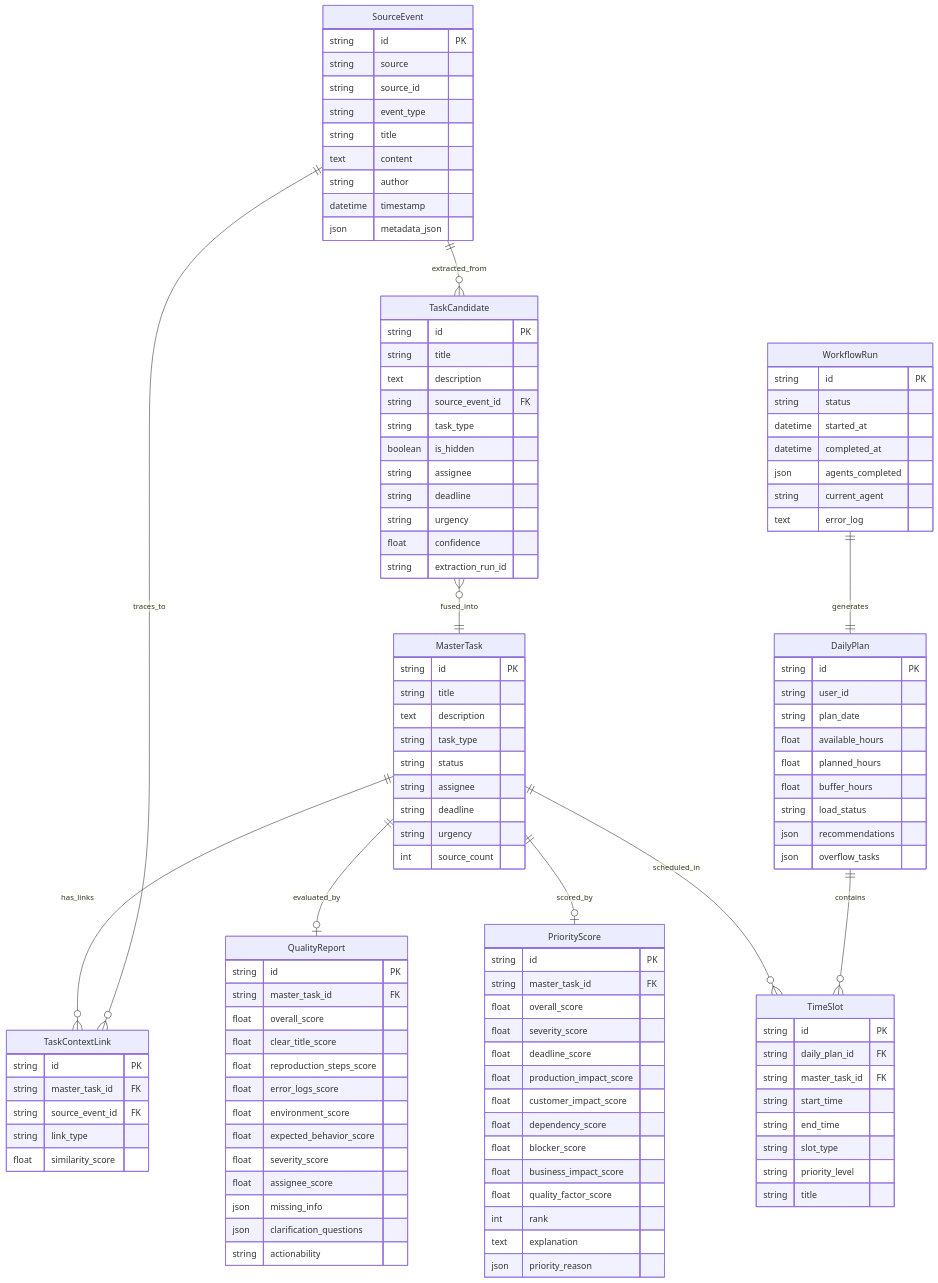
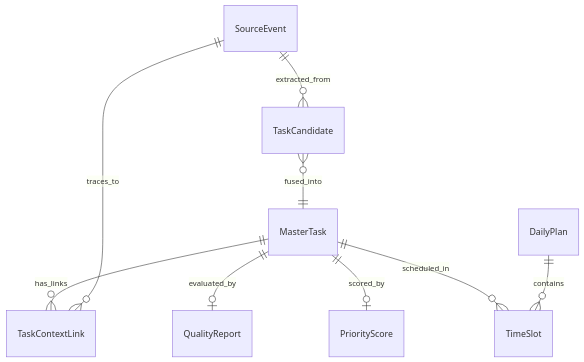
The third of 3 diagrams in README.md (IdeaForg-e/TaskPilot-AI), drawn with Mermaid before and after one commit. The commit also changed other lines of this file and 22 other files, not shown here.

````diff
--- a/README.md
+++ b/README.md
@@ -218,117 +157,4 @@
     MasterTask ||--o| PriorityScore : "scored_by"
     MasterTask ||--o{ TimeSlot : "scheduled_in"
     DailyPlan ||--o{ TimeSlot : "contains"
-    WorkflowRun ||--|| DailyPlan : "generates"
-
-    SourceEvent {
-        string id PK
-        string source
-        string source_id
-        string event_type
-        string title
-        text content
-        string author
-        datetime timestamp
-        json metadata_json
-    }
-
-    TaskCandidate {
-        string id PK
-        string title
-        text description
-        string source_event_id FK
-        string task_type
-        boolean is_hidden
-        string assignee
-        string deadline
-        string urgency
-        float confidence
-        string extraction_run_id
-    }
-
-    MasterTask {
-        string id PK
-        string title
-        text description
-        string task_type
-        string status
-        string assignee
-        string deadline
-        string urgency
-        int source_count
-    }
-
-    TaskContextLink {
-        string id PK
-        string master_task_id FK
-        string source_event_id FK
-        string link_type
-        float similarity_score
-    }
-
-    QualityReport {
-        string id PK
-        string master_task_id FK
-        float overall_score
-        float clear_title_score
-        float reproduction_steps_score
-        float error_logs_score
-        float environment_score
-        float expected_behavior_score
-        float severity_score
-        float assignee_score
-        json missing_info
-        json clarification_questions
-        string actionability
-    }
-
-    PriorityScore {
-        string id PK
-        string master_task_id FK
-        float overall_score
-        float severity_score
-        float deadline_score
-        float production_impact_score
-        float customer_impact_score
-        float dependency_score
-        float blocker_score
-        float business_impact_score
-        float quality_factor_score
-        int rank
-        text explanation
-        json priority_reason
-    }
-
-    DailyPlan {
-        string id PK
-        string user_id
-        string plan_date
-        float available_hours
-        float planned_hours
-        float buffer_hours
-        string load_status
-        json recommendations
-        json overflow_tasks
-    }
-
-    TimeSlot {
-        string id PK
-        string daily_plan_id FK
-        string master_task_id FK
-        string start_time
-        string end_time
-        string slot_type
-        string priority_level
-        string title
-    }
-
-    WorkflowRun {
-        string id PK
-        string status
-        datetime started_at
-        datetime completed_at
-        json agents_completed
-        string current_agent
-        text error_log
-    }
 ```
````
